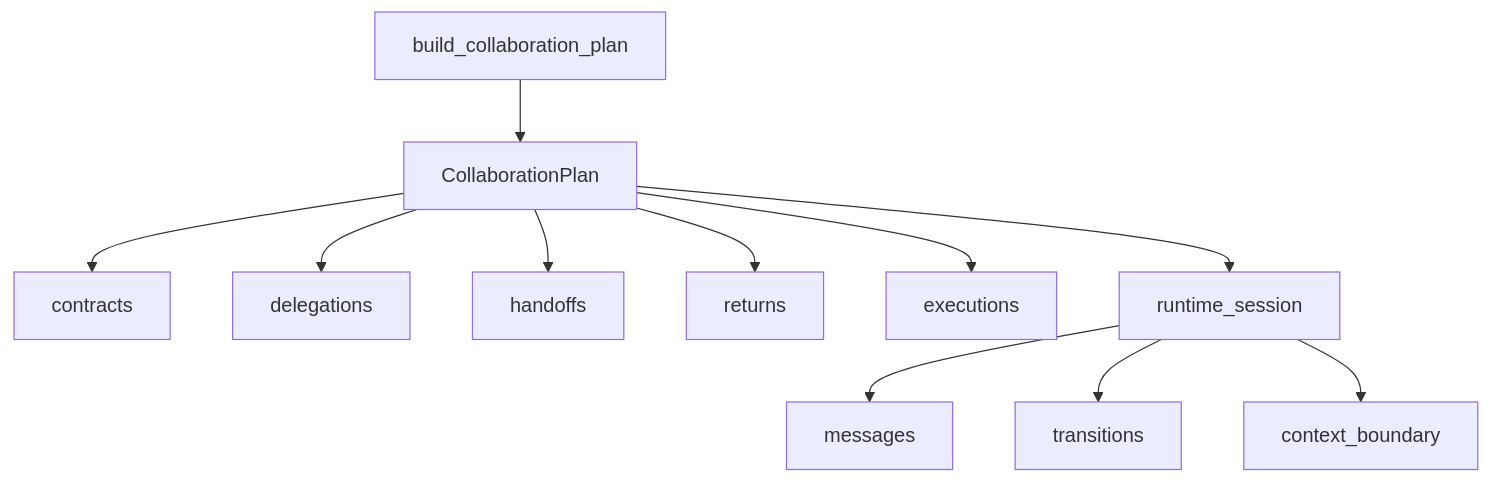
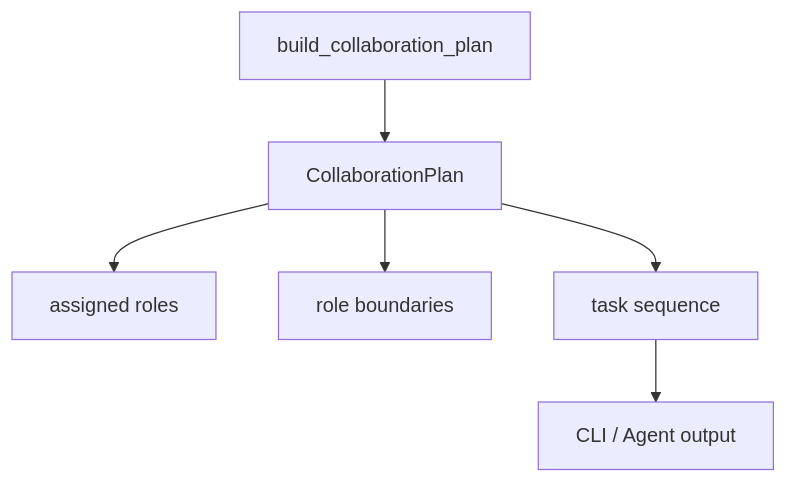
The fifth of 5 diagrams in publish/drafts/ch07/ch07.md (XiaoHG/agi_agent), drawn with Mermaid before and after one commit. The commit also changed other lines of this file and 16 other files, not shown here.

````diff
--- a/publish/drafts/ch07/ch07.md
+++ b/publish/drafts/ch07/ch07.md
@@ -96,13 +90,8 @@
 ```mermaid
 flowchart TD
     C1[build_collaboration_plan] --> C2[CollaborationPlan]
-    C2 --> C3[contracts]
-    C2 --> C4[delegations]
-    C2 --> C5[handoffs]
-    C2 --> C6[returns]
-    C2 --> C7[executions]
-    C2 --> C8[runtime_session]
-    C8 --> C9[messages]
-    C8 --> C10[transitions]
-    C8 --> C11[context_boundary]
+    C2 --> C3[assigned roles]
+    C2 --> C4[role boundaries]
+    C2 --> C5[task sequence]
+    C5 --> C6[CLI / Agent output]
 ```
````
